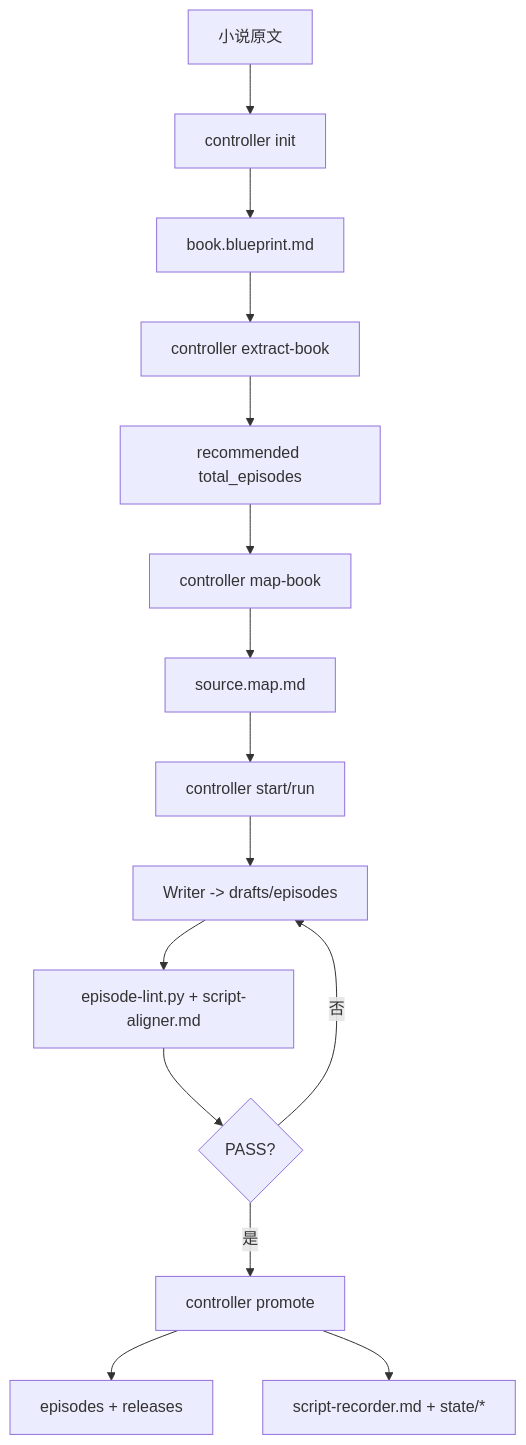
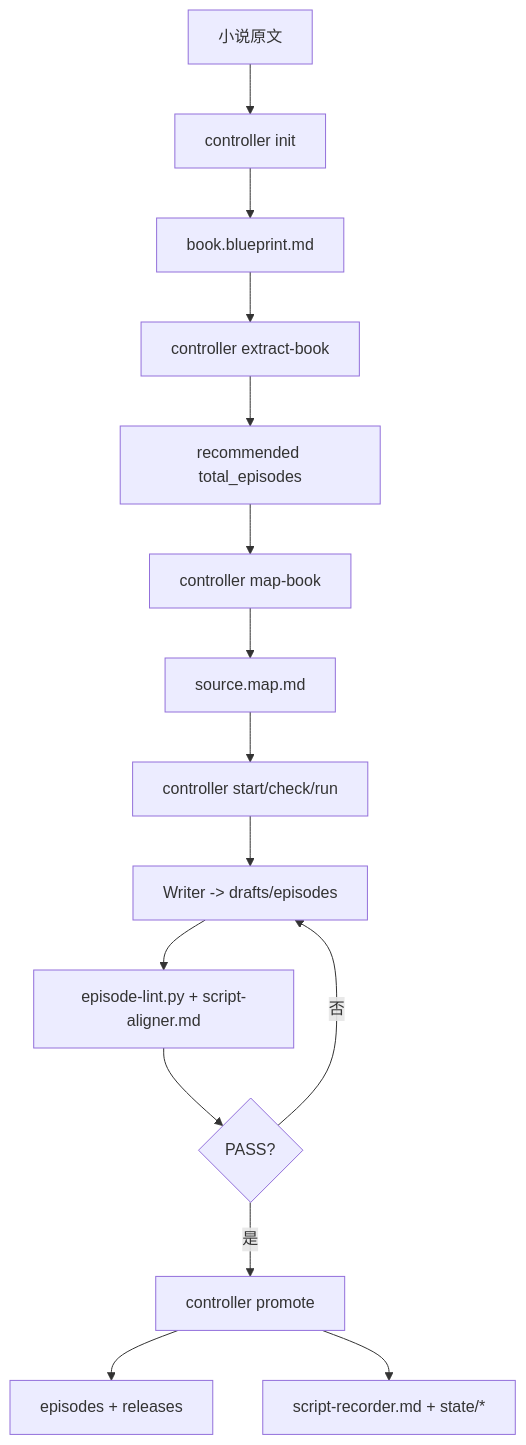
Before and after one commit to zc20180417/Juben: the diagram in juben/README.md, drawn with Mermaid. The commit also changed other lines of this file and 5 other files, not shown here.

````diff
--- a/juben/README.md
+++ b/juben/README.md
@@ -59,17 +59,17 @@
 ```mermaid
 flowchart TD
     A["小说原文"] --> B["controller init"]
     B --> C["book.blueprint.md"]
     C --> D["controller extract-book"]
     D --> E["recommended total_episodes"]
     E --> F["controller map-book"]
     F --> G["source.map.md"]
-    G --> H["controller start/run"]
+    G --> H["controller start/check/run"]
     H --> I["Writer -> drafts/episodes"]
     I --> J["episode-lint.py + script-aligner.md"]
     J --> K{"PASS?"}
     K -- "否" --> I
     K -- "是" --> L["controller promote"]
     L --> M["episodes + releases"]
     L --> N["script-recorder.md + state/*"]
 ```
````
